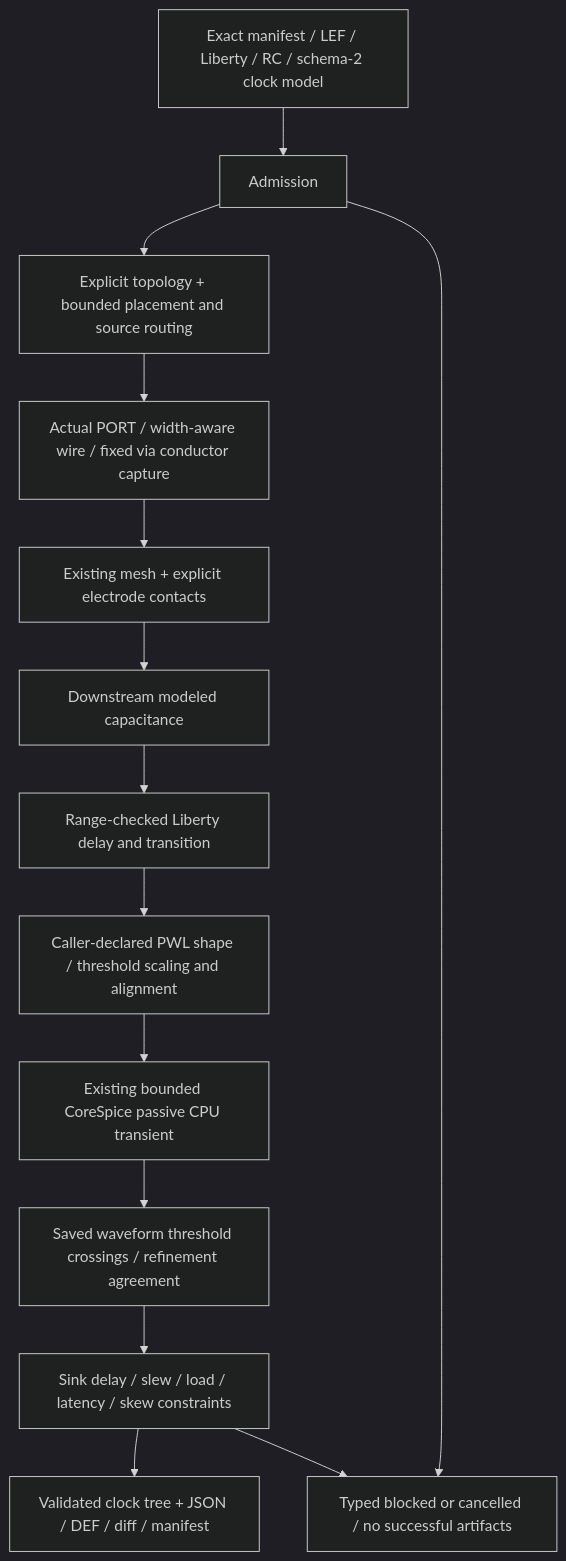
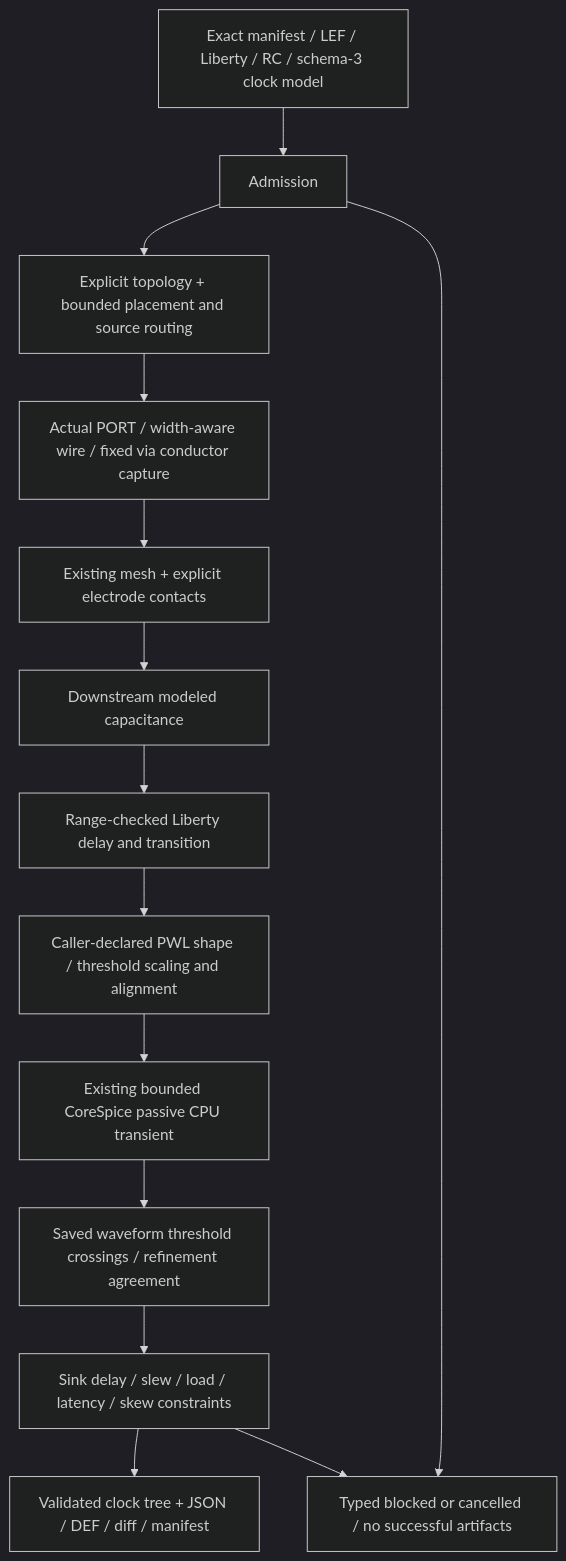
One commit to 1amageek/PhysicalDesignEngine changed the diagram in Sources/PhysicalDesignCore/ClockTreeSynthesis/DESIGN.md. Above: the diagram before and after it, drawn with Mermaid (dark theme). The commit also changed other lines of this file and 197 other files, not shown here.

````diff
--- a/Sources/PhysicalDesignCore/ClockTreeSynthesis/DESIGN.md
+++ b/Sources/PhysicalDesignCore/ClockTreeSynthesis/DESIGN.md
@@ -38,16 +38,16 @@
 ```mermaid
 flowchart TD
-    Inputs[Exact manifest / LEF / Liberty / RC / schema-2 clock model] --> Admission
+    Inputs[Exact manifest / LEF / Liberty / RC / schema-3 clock model] --> Admission
     Admission --> Candidate[Explicit topology + bounded placement and source routing]
     Candidate --> Capture[Actual PORT / width-aware wire / fixed via conductor capture]
     Capture --> PEX[Existing mesh + explicit electrode contacts]
     PEX --> Load[Downstream modeled capacitance]
     Load --> Cell[Range-checked Liberty delay and transition]
     Cell --> Driver[Caller-declared PWL shape / threshold scaling and alignment]
     Driver --> Transient[Existing bounded CoreSpice passive CPU transient]
     Transient --> Measure[Saved waveform threshold crossings / refinement agreement]
     Measure --> Gate[Sink delay / slew / load / latency / skew constraints]
     Gate --> Publish[Validated clock tree + JSON / DEF / diff / manifest]
     Admission --> Failure[Typed blocked or cancelled / no successful artifacts]
     Gate --> Failure
 ```
````
